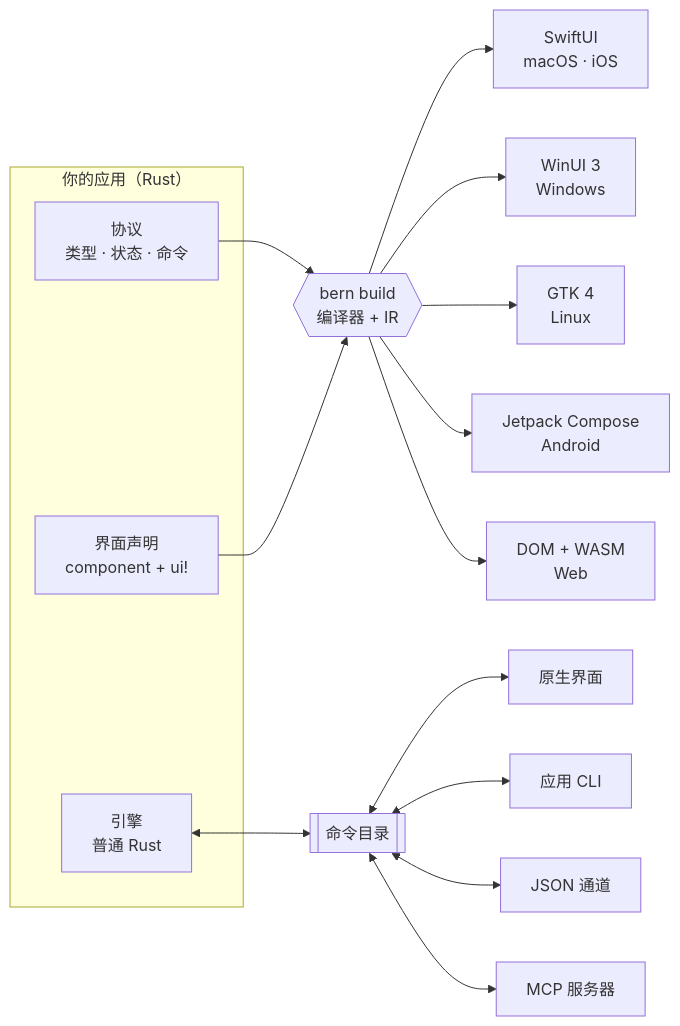
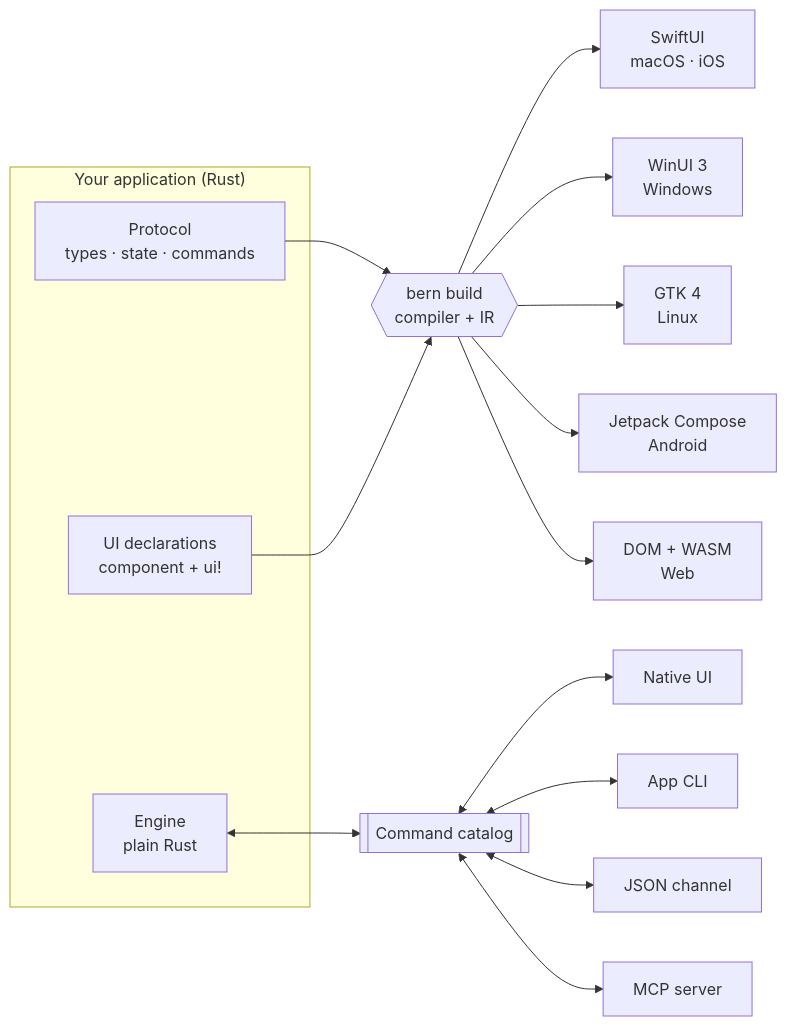
The diagram in README.md (AimesSoft/Bern), drawn with Mermaid before and after one commit. The commit also changed other lines of this file and 5 other files, not shown here.

````diff
--- a/README.md
+++ b/README.md
@@ -187,20 +187,20 @@
 ```mermaid
 flowchart LR
-    subgraph app["你的应用（Rust）"]
-        P["协议<br/>类型 · 状态 · 命令"]
-        U["界面声明<br/>component + ui!"]
-        E["引擎<br/>普通 Rust"]
+    subgraph app["Your application (Rust)"]
+        P["Protocol<br/>types · state · commands"]
+        U["UI declarations<br/>component + ui!"]
+        E["Engine<br/>plain Rust"]
     end
-    P --> C{{"bern build<br/>编译器 + IR"}}
+    P --> C{{"bern build<br/>compiler + IR"}}
     U --> C
     C --> S["SwiftUI<br/>macOS · iOS"]
     C --> W["WinUI 3<br/>Windows"]
     C --> G["GTK 4<br/>Linux"]
     C --> A["Jetpack Compose<br/>Android"]
     C --> B["DOM + WASM<br/>Web"]
-    E <--> K[["命令目录"]]
-    K <--> N["原生界面"]
-    K <--> L["应用 CLI"]
-    K <--> J["JSON 通道"]
-    K <--> M["MCP 服务器"]
+    E <--> K[["Command catalog"]]
+    K <--> N["Native UI"]
+    K <--> L["App CLI"]
+    K <--> J["JSON channel"]
+    K <--> M["MCP server"]
 ```
````
